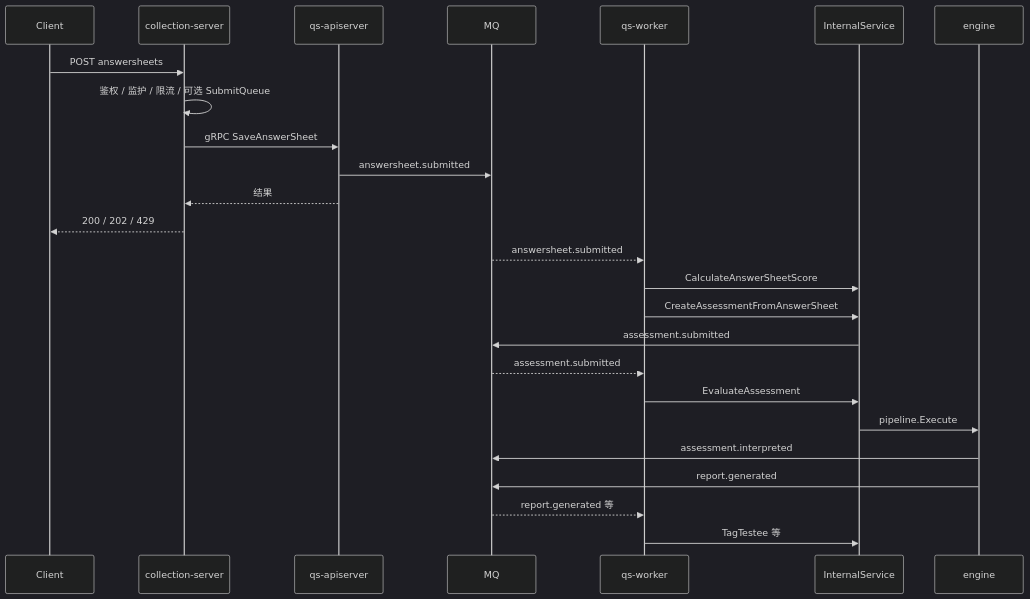
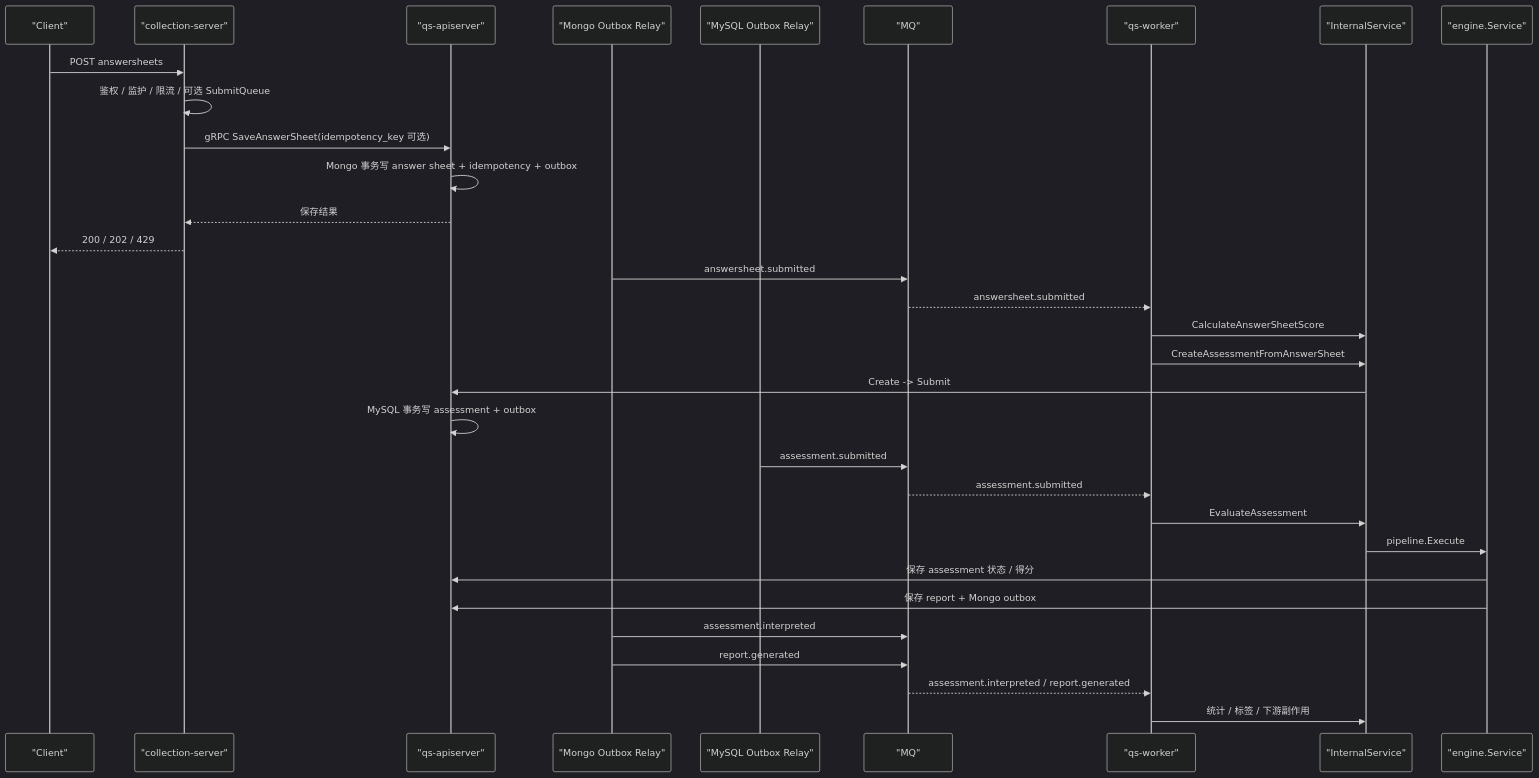
The diagram in docs/05-专题分析/02-异步评估链路：从答卷提交到报告生成.md (FangcunMount/qs-server), drawn with Mermaid (dark theme) before and after one commit. The commit also changed other lines of this file and 41 other files, not shown here.

````diff
--- a/docs/05-专题分析/02-异步评估链路：从答卷提交到报告生成.md
+++ b/docs/05-专题分析/02-异步评估链路：从答卷提交到报告生成.md
@@ -70,31 +47,38 @@
 ```mermaid
 sequenceDiagram
-    participant C as Client
-    participant Col as collection-server
-    participant API as qs-apiserver
-    participant MQ as MQ
-    participant W as qs-worker
-    participant Int as InternalService
-    participant Eng as engine
+    participant C as "Client"
+    participant Col as "collection-server"
+    participant API as "qs-apiserver"
+    participant MRel as "Mongo Outbox Relay"
+    participant MyRel as "MySQL Outbox Relay"
+    participant MQ as "MQ"
+    participant W as "qs-worker"
+    participant Int as "InternalService"
+    participant Eng as "engine.Service"
 
     C->>Col: POST answersheets
     Col->>Col: 鉴权 / 监护 / 限流 / 可选 SubmitQueue
-    Col->>API: gRPC SaveAnswerSheet
-    API->>MQ: answersheet.submitted
-    API-->>Col: 结果
+    Col->>API: gRPC SaveAnswerSheet(idempotency_key 可选)
+    API->>API: Mongo 事务写 answer sheet + idempotency + outbox
+    API-->>Col: 保存结果
     Col-->>C: 200 / 202 / 429
 
+    MRel->>MQ: answersheet.submitted
     MQ-->>W: answersheet.submitted
     W->>Int: CalculateAnswerSheetScore
     W->>Int: CreateAssessmentFromAnswerSheet
-    Int->>MQ: assessment.submitted
+    Int->>API: Create -> Submit
+    API->>API: MySQL 事务写 assessment + outbox
 
+    MyRel->>MQ: assessment.submitted
     MQ-->>W: assessment.submitted
     W->>Int: EvaluateAssessment
     Int->>Eng: pipeline.Execute
-    Eng->>MQ: assessment.interpreted
-    Eng->>MQ: report.generated
+    Eng->>API: 保存 assessment 状态 / 得分
+    Eng->>API: 保存 report + Mongo outbox
 
-    MQ-->>W: report.generated 等
-    W->>Int: TagTestee 等
+    MRel->>MQ: assessment.interpreted
+    MRel->>MQ: report.generated
+    MQ-->>W: assessment.interpreted / report.generated
+    W->>Int: 统计 / 标签 / 下游副作用
 ```
````
